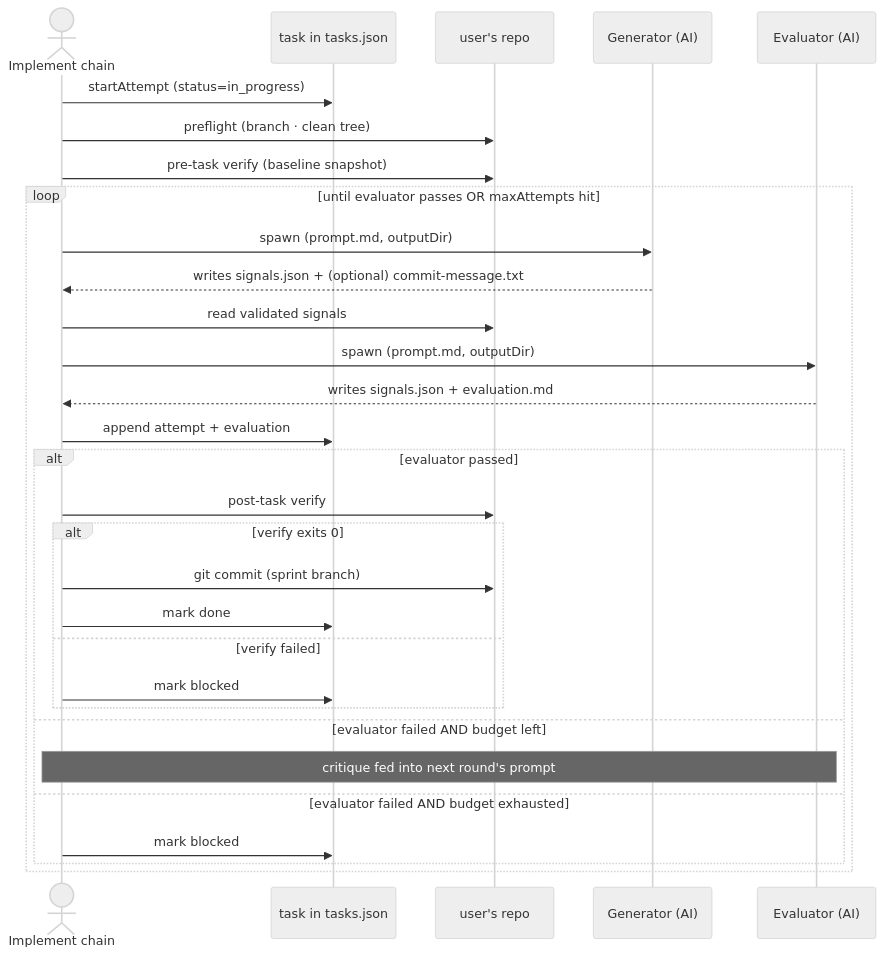
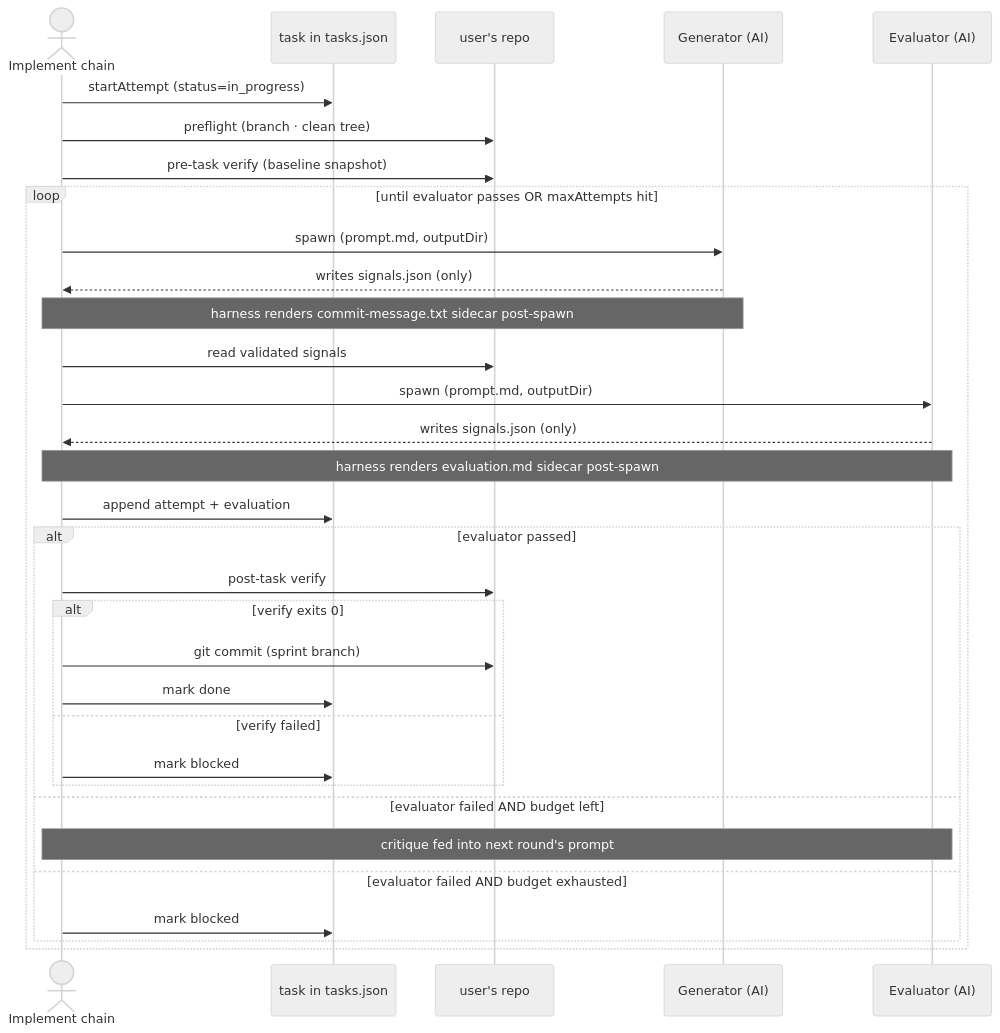
Before and after one commit to lukas-grigis/ralphctl: the diagram in .claude/docs/diagrams/03-task-lifecycle.md, drawn with Mermaid (neutral theme). The commit also changed other lines of this file and 18 other files, not shown here.

````diff
--- a/.claude/docs/diagrams/03-task-lifecycle.md
+++ b/.claude/docs/diagrams/03-task-lifecycle.md
@@ -9,34 +12,36 @@
 ```mermaid
 sequenceDiagram
     actor Harness as Implement chain
     participant Task as task in tasks.json
     participant Repo as user's repo
     participant Gen as Generator (AI)
     participant Ev as Evaluator (AI)
 
     Harness->>Task: startAttempt (status=in_progress)
     Harness->>Repo: preflight (branch · clean tree)
     Harness->>Repo: pre-task verify (baseline snapshot)
 
     loop until evaluator passes OR maxAttempts hit
         Harness->>Gen: spawn (prompt.md, outputDir)
-        Gen-->>Harness: writes signals.json + (optional) commit-message.txt
+        Gen-->>Harness: writes signals.json (only)
+        Note over Harness,Gen: harness renders commit-message.txt sidecar post-spawn
         Harness->>Repo: read validated signals
         Harness->>Ev: spawn (prompt.md, outputDir)
-        Ev-->>Harness: writes signals.json + evaluation.md
+        Ev-->>Harness: writes signals.json (only)
+        Note over Harness,Ev: harness renders evaluation.md sidecar post-spawn
         Harness->>Task: append attempt + evaluation
         alt evaluator passed
             Harness->>Repo: post-task verify
             alt verify exits 0
                 Harness->>Repo: git commit (sprint branch)
                 Harness->>Task: mark done
             else verify failed
                 Harness->>Task: mark blocked
             end
         else evaluator failed AND budget left
             Note over Harness,Ev: critique fed into next round's prompt
         else evaluator failed AND budget exhausted
             Harness->>Task: mark blocked
         end
     end
 ```
````
